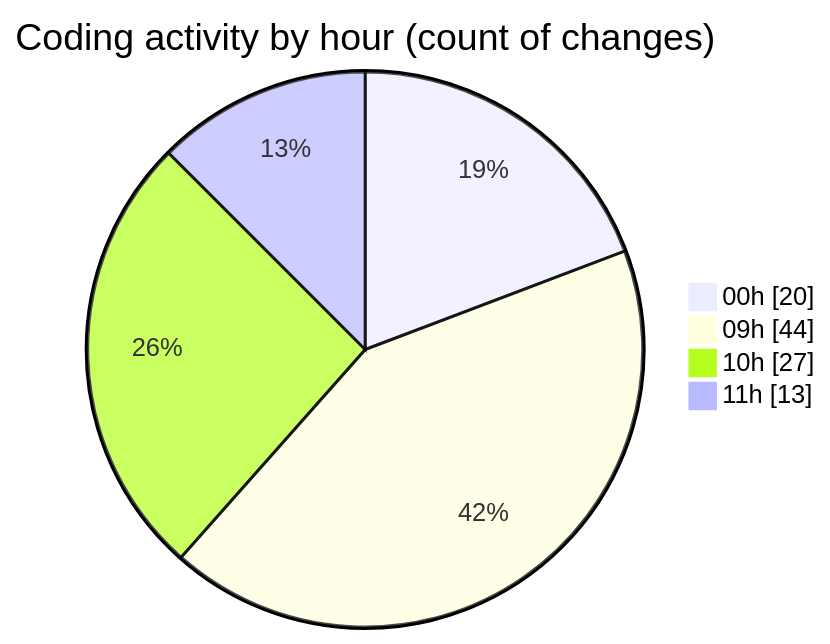
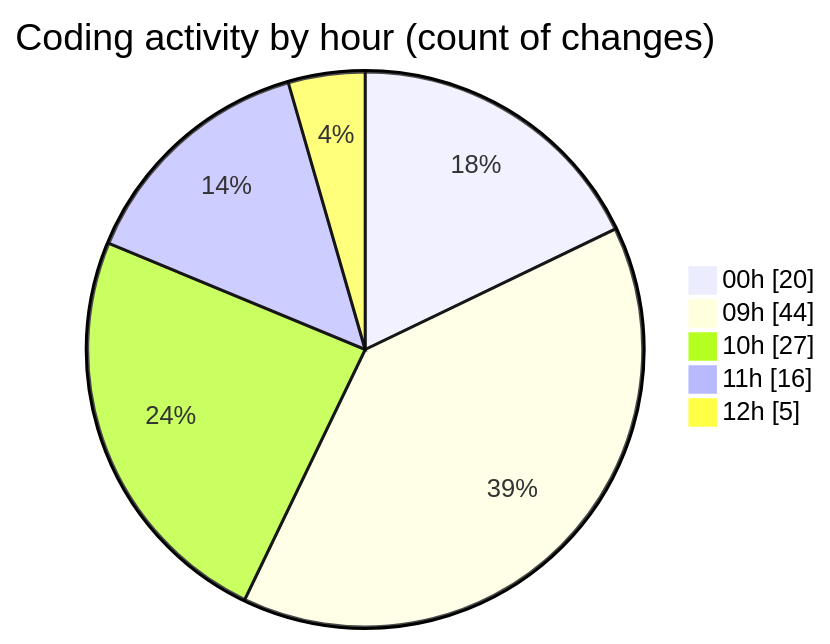
Before and after one commit to momahboobian/code-tracking: the second of 2 diagrams in 2025-03-19/cda/README.md, drawn with Mermaid. The commit also changed other lines of this file and 1 other file, not shown here.

````diff
--- a/2025-03-19/cda/README.md
+++ b/2025-03-19/cda/README.md
@@ -32,8 +32,9 @@
 ```mermaid
 pie showData
 title Coding activity by hour (count of changes)
 "00h" : 20
 "09h" : 44
 "10h" : 27
-"11h" : 13
+"11h" : 16
+"12h" : 5
 ```
````
